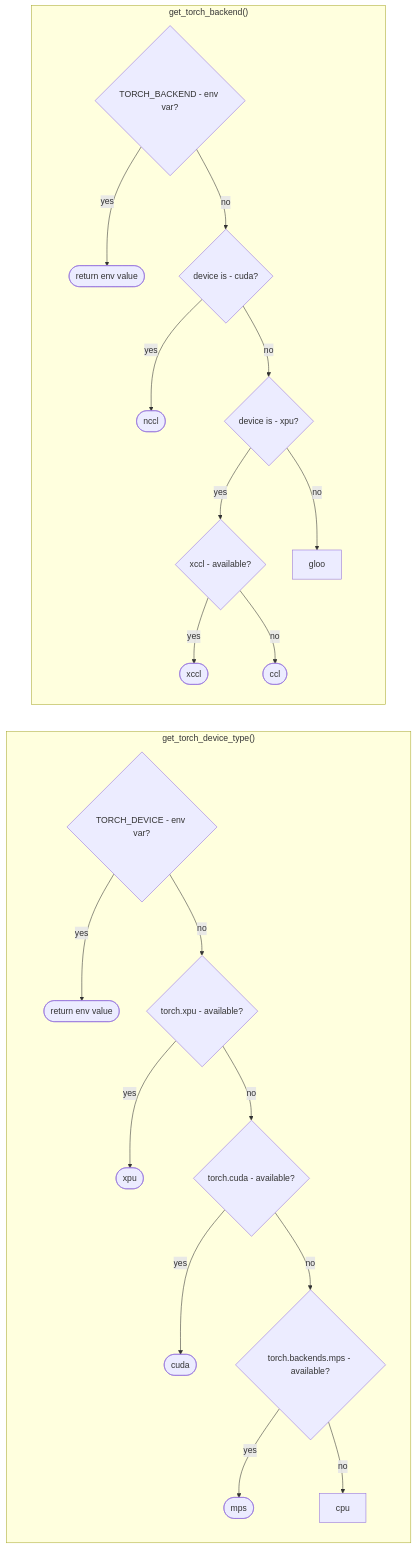
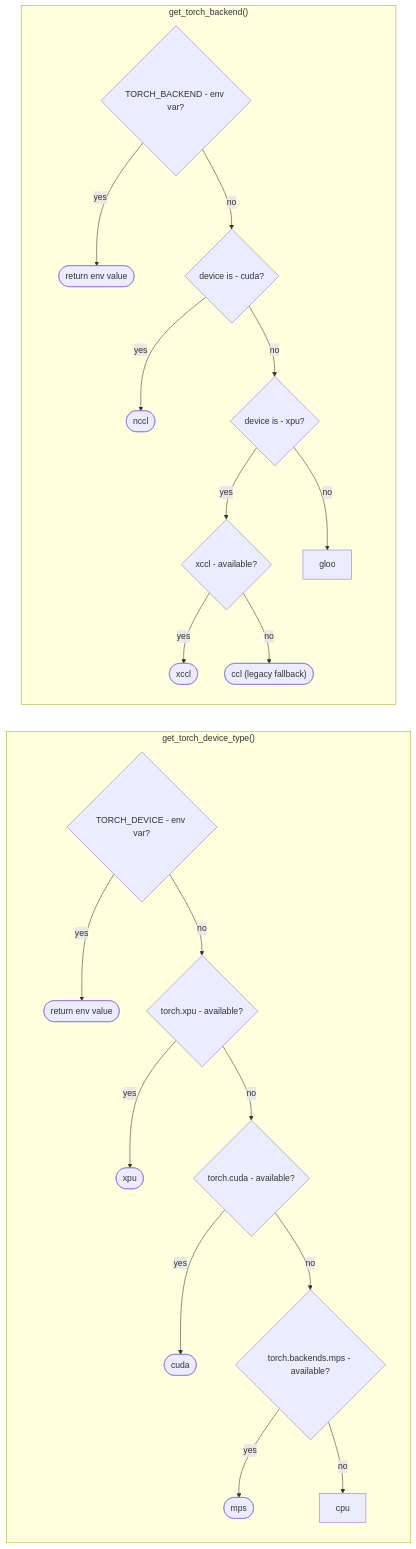
The fifth of 17 diagrams in docs/notes/diagrams.md (saforem2/ezpz), drawn with Mermaid before and after one commit. The commit also changed 2 other files, not shown here.

Commit message:
fix(docs): Correct ccl→xccl backend names, fix bracket syntax
- Update all references from legacy 'ccl' to 'xccl' in systems.md
  and diagrams.md to match current Intel XPU backend naming
- Fix escaped bracket syntax in examples/test.md link formatting

````diff
--- a/docs/notes/diagrams.md
+++ b/docs/notes/diagrams.md
@@ -181,38 +181,38 @@
 ```mermaid
 flowchart LR
     subgraph Device["get_torch_device_type()"]
         direction TB
         env_dev{"TORCH_DEVICE - env var?"}
         xpu{"torch.xpu - available?"}
         cuda{"torch.cuda - available?"}
         mps{"torch.backends.mps - available?"}
         cpu["cpu"]
 
         env_dev -- yes --> done_dev(["return env value"])
         env_dev -- no --> xpu
         xpu -- yes --> done_xpu(["xpu"])
         xpu -- no --> cuda
         cuda -- yes --> done_cuda(["cuda"])
         cuda -- no --> mps
         mps -- yes --> done_mps(["mps"])
         mps -- no --> cpu
     end
 
     subgraph Backend["get_torch_backend()"]
         direction TB
         env_be{"TORCH_BACKEND - env var?"}
         is_cuda{"device is - cuda?"}
         is_xpu{"device is - xpu?"}
         has_xccl{"xccl - available?"}
         gloo["gloo"]
 
         env_be -- yes --> done_be(["return env value"])
         env_be -- no --> is_cuda
         is_cuda -- yes --> nccl(["nccl"])
         is_cuda -- no --> is_xpu
         is_xpu -- yes --> has_xccl
         has_xccl -- yes --> xccl(["xccl"])
-        has_xccl -- no --> ccl(["ccl"])
+        has_xccl -- no --> ccl(["ccl (legacy fallback)"])
         is_xpu -- no --> gloo
     end
 ```
````
